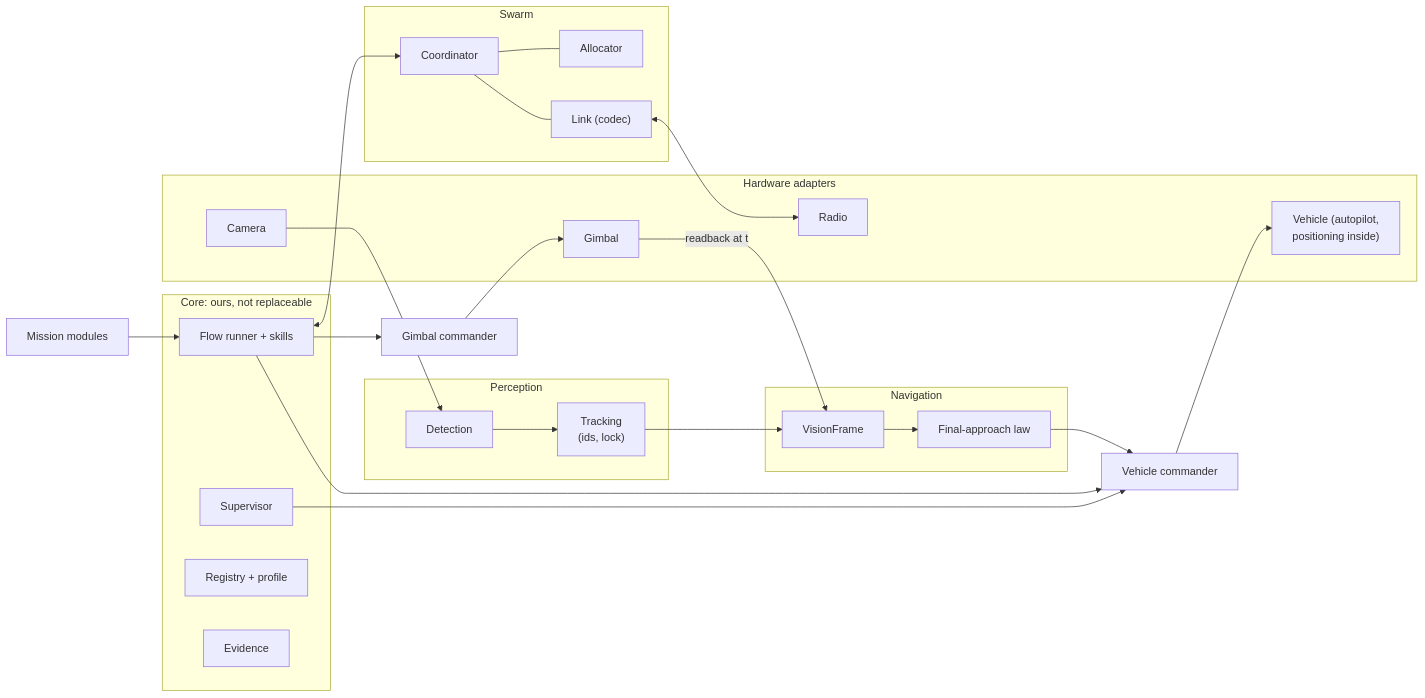
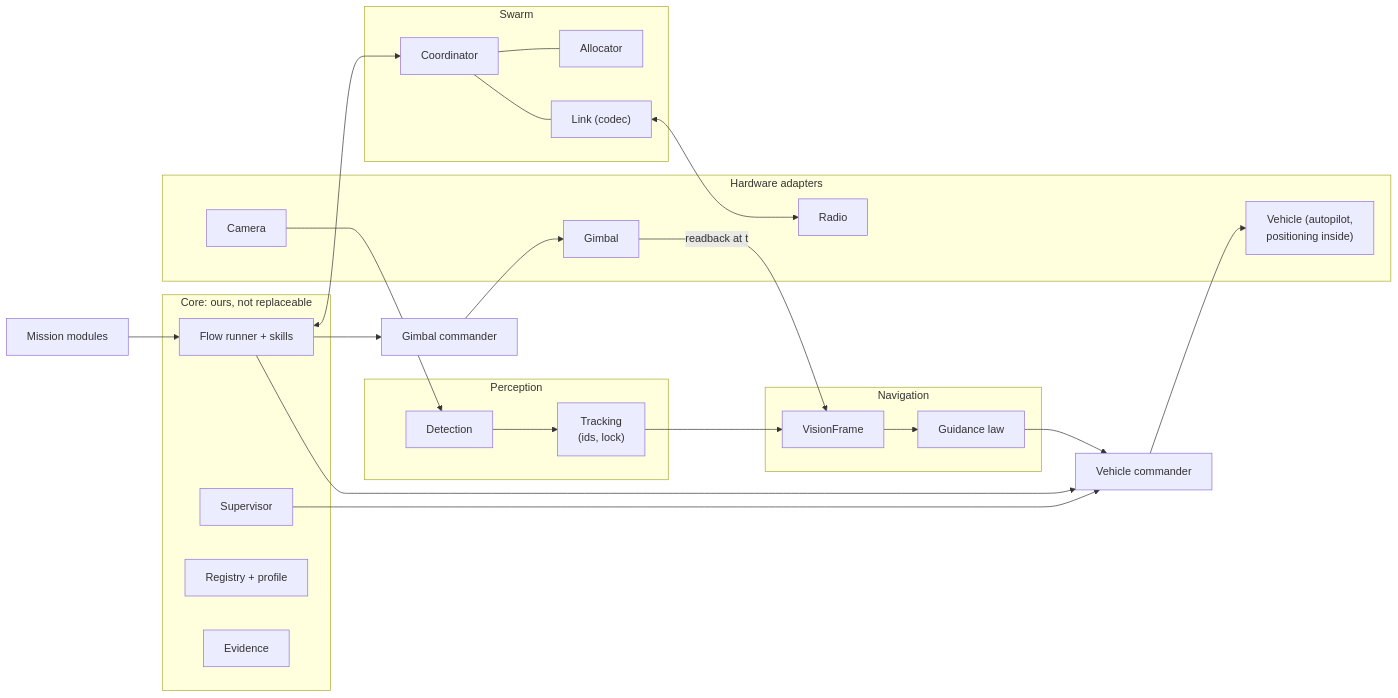
One commit to gartfeo/navpy_ref1 changed the diagram in docs/design/component_ports.md. Above: the diagram before and after it, drawn with Mermaid. The commit also changed other lines of this file and 505 other files, not shown here.

First line of the commit message:
Rename final_approach to guidance

````diff
--- a/docs/design/component_ports.md
+++ b/docs/design/component_ports.md
@@ -45,29 +45,29 @@
 ```mermaid
 flowchart LR
   subgraph HW[Hardware adapters]
     CAM[Camera] ; GIM[Gimbal] ; VEH["Vehicle (autopilot,<br/>positioning inside)"] ; RAD[Radio]
   end
   subgraph PER[Perception]
     DET[Detection] --> TRK["Tracking<br/>(ids, lock)"]
   end
   subgraph NAV[Navigation]
-    VF[VisionFrame] --> LAW[Final-approach law]
+    VF[VisionFrame] --> LAW[Guidance law]
   end
   subgraph SW[Swarm]
     CO[Coordinator] --- AL[Allocator]
     CO --- LNK["Link (codec)"]
   end
   subgraph CORE[Core: ours, not replaceable]
     FR[Flow runner + skills] ; SUP[Supervisor] ; REG[Registry + profile] ; EV[Evidence]
   end
   MM[Mission modules] --> FR
   CAM --> DET
   TRK --> VF
   GIM -- readback at t --> VF
   LAW --> VC[Vehicle commander] --> VEH
   FR --> VC
   FR --> GC[Gimbal commander] --> GIM
   FR <--> CO
   LNK <--> RAD
   SUP --> VC
 ```
````
